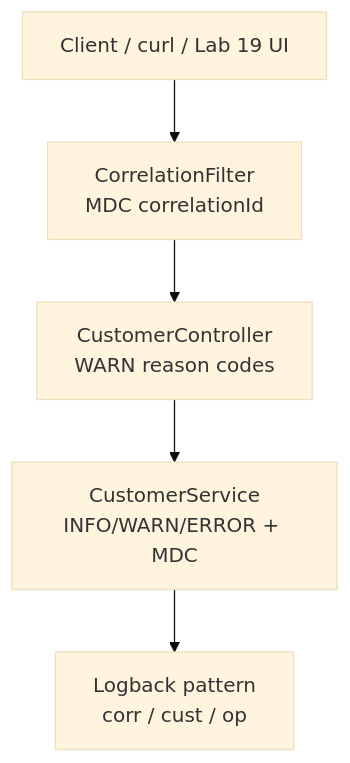
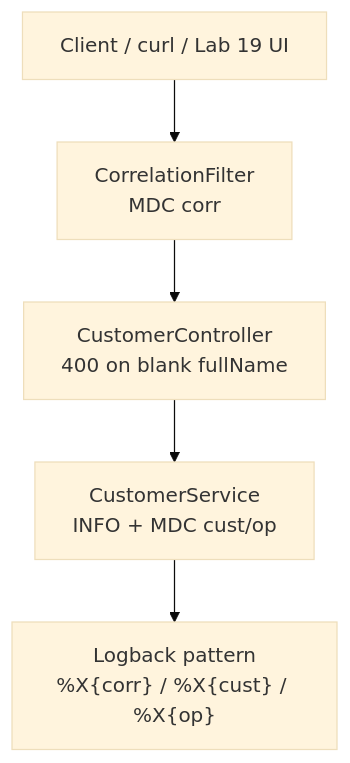
Before and after one commit to Innovation-In-Software/bc-sw-engineer-java-participant: the diagram in labs/Week 2 - Backend, AI Tools and Testing/module-20/lab20/LAB-20-GUIDE.md, drawn with Mermaid (base theme). The commit also changed other lines of this file and 1 other file, not shown here.

Commit message:
Align Lab 20 guide with starter MDC keys, IT, and Windows verify notes.

````diff
--- a/labs/Week 2 - Backend, AI Tools and Testing/module-20/lab20/LAB-20-GUIDE.md
+++ b/labs/Week 2 - Backend, AI Tools and Testing/module-20/lab20/LAB-20-GUIDE.md
@@ -108,7 +110,7 @@
 ```mermaid
 flowchart TB
-  Client["Client / curl / Lab 19 UI"] --> CF["CorrelationFilter<br/>MDC correlationId"]
-  CF --> Ctrl["CustomerController<br/>WARN reason codes"]
-  Ctrl --> Svc["CustomerService<br/>INFO/WARN/ERROR + MDC"]
-  Svc --> Log["Logback pattern<br/>corr / cust / op"]
+  Client["Client / curl / Lab 19 UI"] --> CF["CorrelationFilter<br/>MDC corr"]
+  CF --> Ctrl["CustomerController<br/>400 on blank fullName"]
+  Ctrl --> Svc["CustomerService<br/>INFO + MDC cust/op"]
+  Svc --> Log["Logback pattern<br/>%X{corr} / %X{cust} / %X{op}"]
 ```
````
